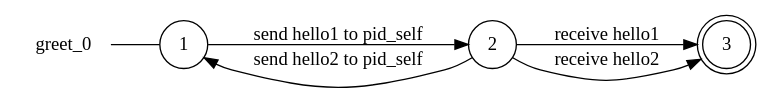
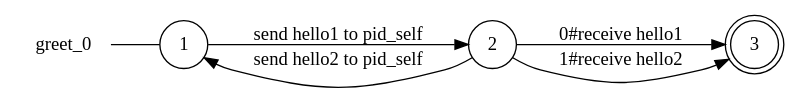
One commit to gabrielegenovese/chorer changed the diagram in examples/hello/greet_0_local_view.dot. Above: the diagram before and after it, drawn with Graphviz. The commit also changed 60 other files, not shown here.

```diff
--- a/examples/hello/greet_0_local_view.dot
+++ b/examples/hello/greet_0_local_view.dot
@@ -1,13 +1,13 @@
 digraph greet_0 {
 	rankdir="LR";
 	n_0 [label="greet_0", shape="plaintext"];
 	n_1 [id="1", shape=circle, label="1"];
 	n_0 -> n_1 [arrowhead=none];
 	n_2 [id="2", shape=circle, label="2"];
 	n_3 [id="3", shape=doublecircle, label="3"];
 
 	n_1 -> n_2 [id="[$e|3]", label="send hello1 to pid_self"];
-	n_2 -> n_3 [id="[$e|6]", label="receive hello1"];
+	n_2 -> n_3 [id="[$e|6]", label="0#receive hello1"];
 	n_2 -> n_1 [id="[$e|5]", label="send hello2 to pid_self"];
-	n_2 -> n_3 [id="[$e|0]", label="receive hello2"];
+	n_2 -> n_3 [id="[$e|0]", label="1#receive hello2"];
 }
```
